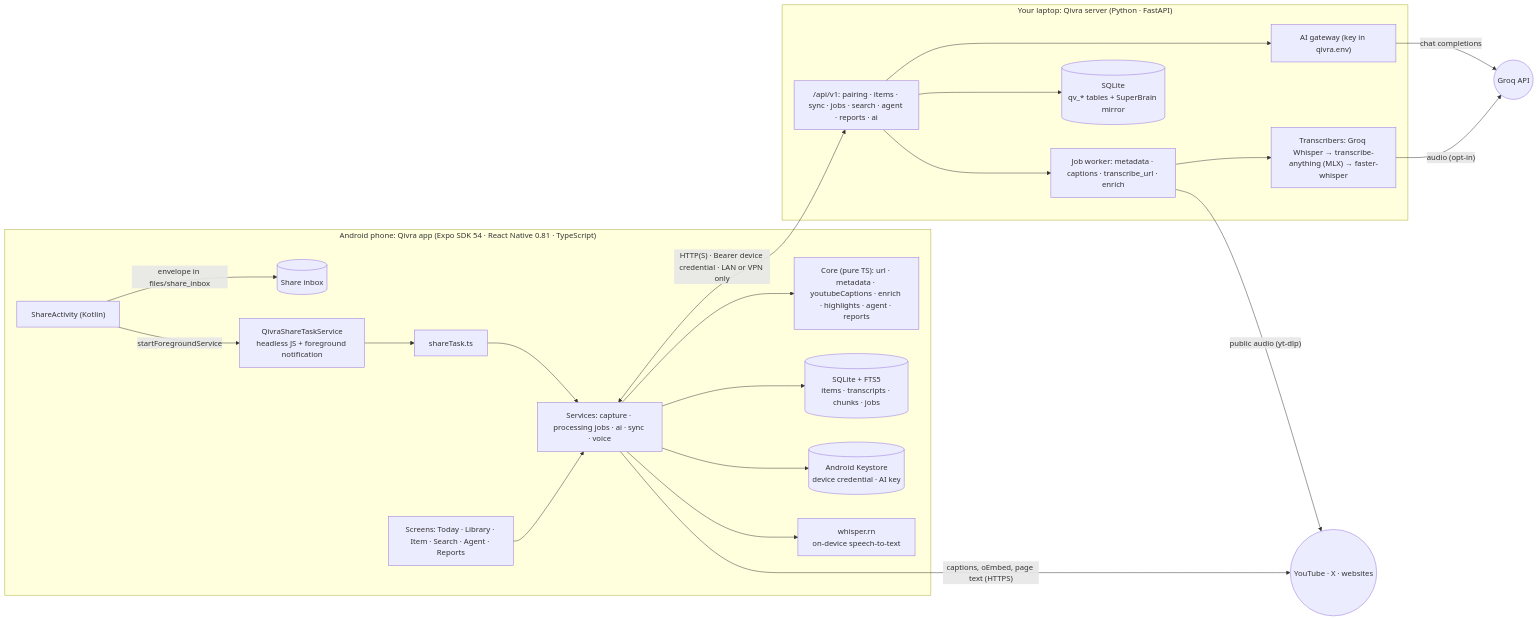
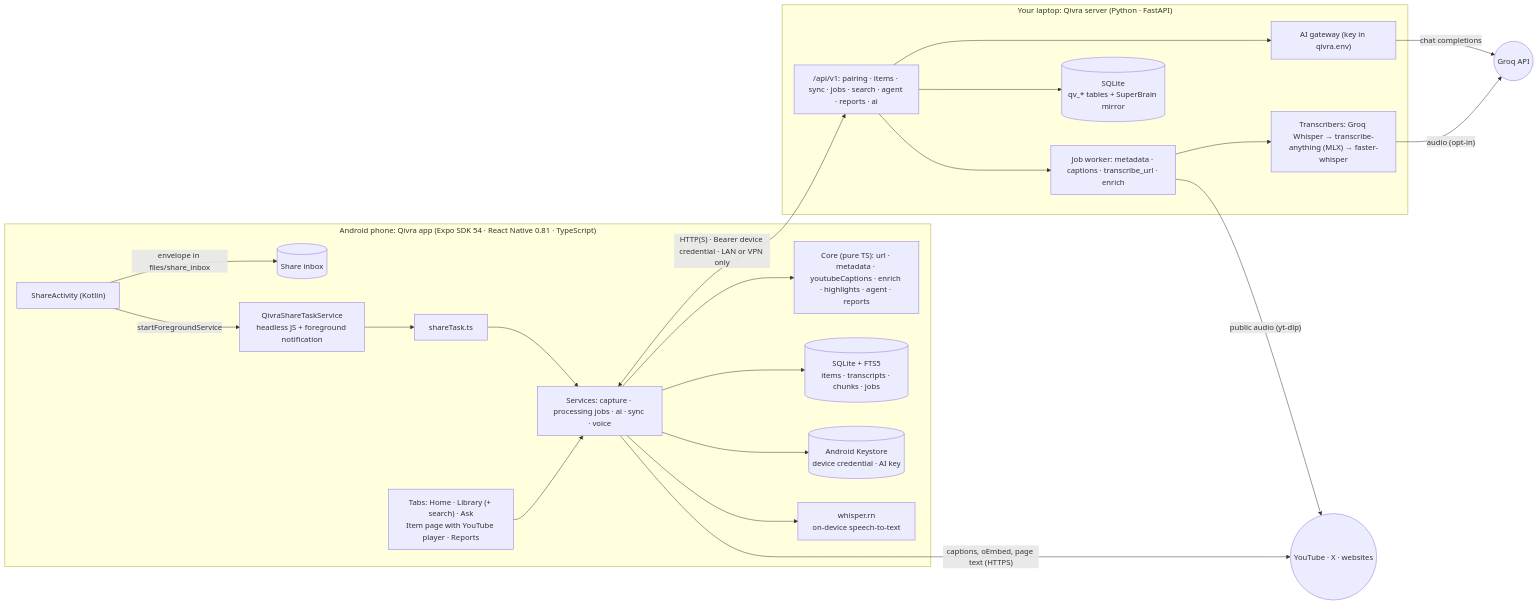
The first of 3 diagrams in README.md (deekshith-b48/Qivra), drawn with Mermaid before and after one commit. The commit also changed other lines of this file and 31 other files, not shown here.

First line of the commit message:
Qivra 1.5.0: Home feed, Ask about this, in-app YouTube player, simpler navigation

````diff
--- a/README.md
+++ b/README.md
@@ -54,31 +60,31 @@
 ```mermaid
 flowchart LR
   subgraph Phone["Android phone: Qivra app (Expo SDK 54 · React Native 0.81 · TypeScript)"]
     Share["ShareActivity (Kotlin)"] -->|"envelope in files/share_inbox"| Inbox[(Share inbox)]
     Share -->|"startForegroundService"| Svc["QivraShareTaskService<br/>headless JS + foreground notification"]
     Svc --> Task["shareTask.ts"]
-    UI["Screens: Today · Library · Item · Search · Agent · Reports"] --> Services
+    UI["Tabs: Home · Library (+ search) · Ask<br/>Item page with YouTube player · Reports"] --> Services
     Task --> Services["Services: capture · processing jobs · ai · sync · voice"]
     Services --> Core["Core (pure TS): url · metadata · youtubeCaptions · enrich · highlights · agent · reports"]
     Services --> DB[("SQLite + FTS5<br/>items · transcripts · chunks · jobs")]
     Services --> Keystore[("Android Keystore<br/>device credential · AI key")]
     Services --> Whisper["whisper.rn<br/>on-device speech-to-text"]
   end
 
   subgraph Laptop["Your laptop: Qivra server (Python · FastAPI)"]
     API["/api/v1: pairing · items · sync · jobs · search · agent · reports · ai"]
     Jobs["Job worker: metadata · captions · transcribe_url · enrich"]
     Engines["Transcribers: Groq Whisper → transcribe-anything (MLX) → faster-whisper"]
     GW["AI gateway (key in qivra.env)"]
     SDB[("SQLite<br/>qv_* tables + SuperBrain mirror")]
     API --> Jobs --> Engines
     API --> GW
     API --> SDB
   end
 
   Services <-->|"HTTP(S) · Bearer device credential · LAN or VPN only"| API
   Services -->|"captions, oEmbed, page text (HTTPS)"| Web(("YouTube · X · websites"))
   Jobs -->|"public audio (yt-dlp)"| Web
   Engines -->|"audio (opt-in)"| Groq(("Groq API"))
   GW -->|"chat completions"| Groq
 ```
````
